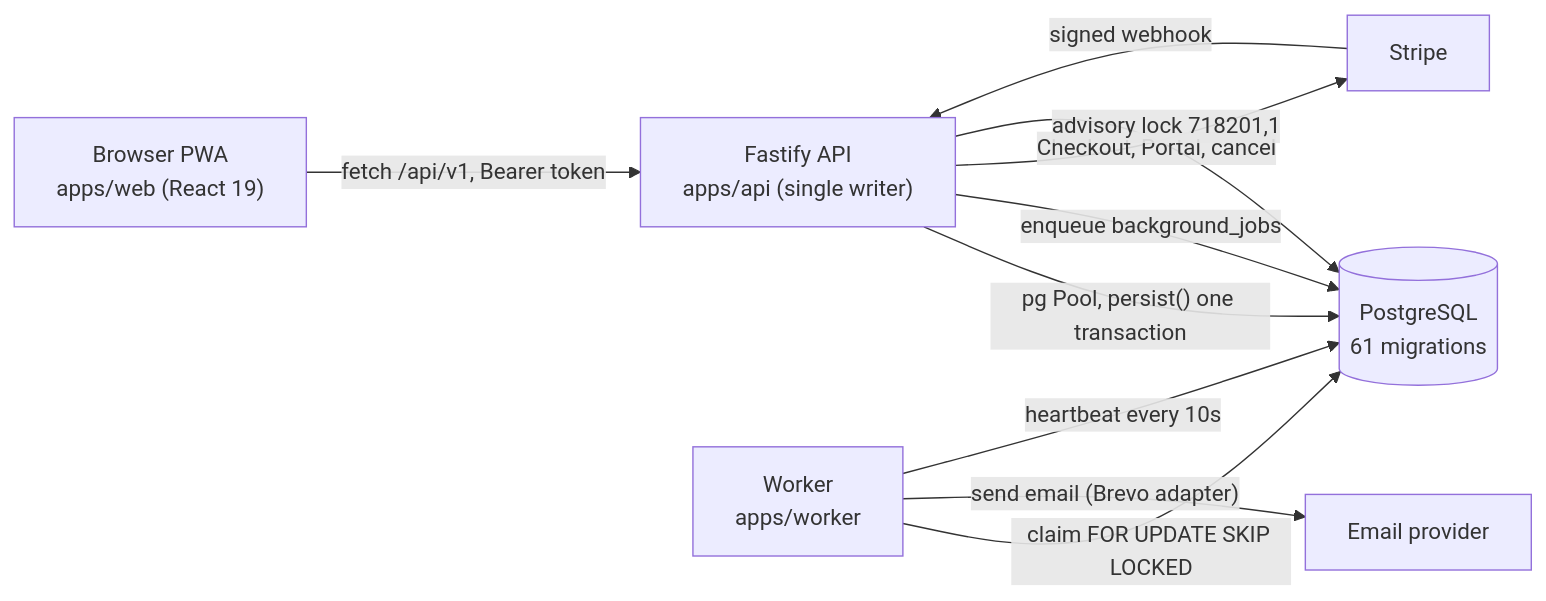
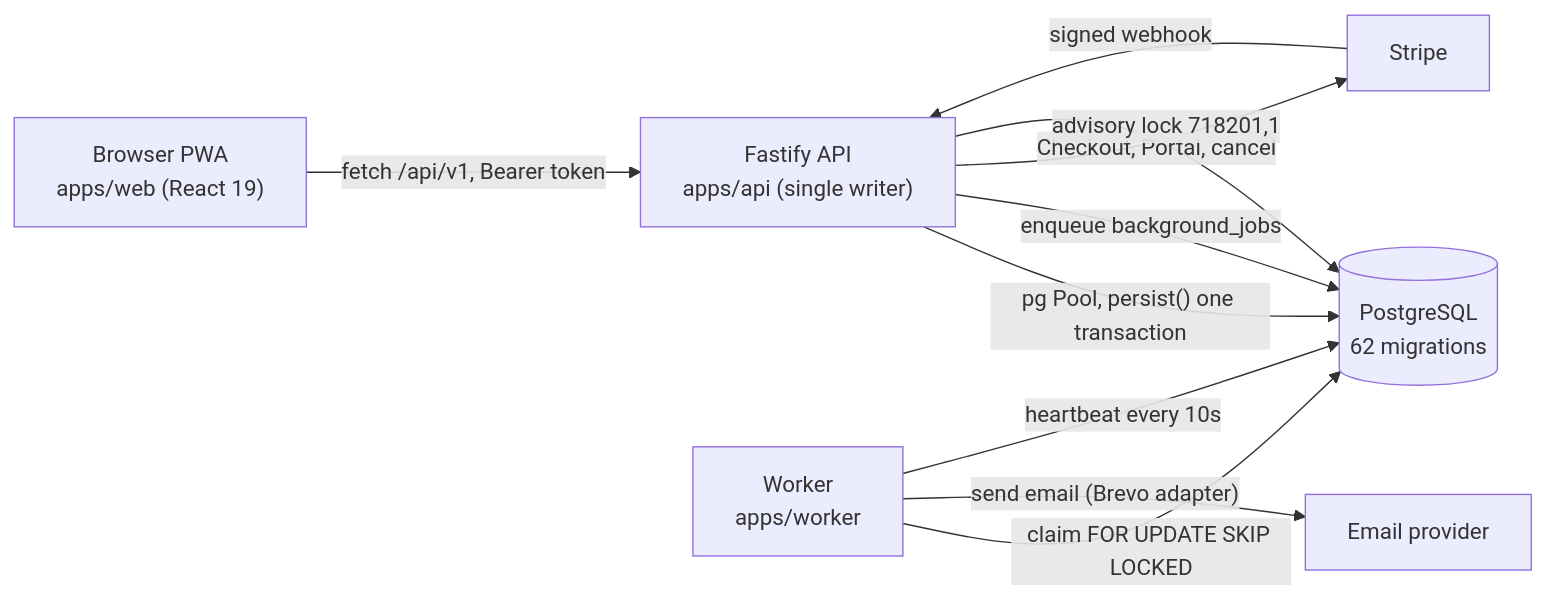
One commit to yhsomani/talentsphere-complete changed the first of 7 diagrams in docs/system-model/02-flows.md. Above: the diagram before and after it, drawn with Mermaid. The commit also changed 15 other files, not shown here.

````diff
--- a/docs/system-model/02-flows.md
+++ b/docs/system-model/02-flows.md
@@ -15,12 +15,12 @@
 ```mermaid
 flowchart LR
   Browser["Browser PWA<br/>apps/web (React 19)"] -->|"fetch /api/v1, Bearer token"| API["Fastify API<br/>apps/api (single writer)"]
-  API -->|"pg Pool, persist() one transaction"| PG[("PostgreSQL<br/>61 migrations")]
+  API -->|"pg Pool, persist() one transaction"| PG[("PostgreSQL<br/>62 migrations")]
   API -->|"enqueue background_jobs"| PG
   Worker["Worker<br/>apps/worker"] -->|"claim FOR UPDATE SKIP LOCKED"| PG
   Worker -->|"send email (Brevo adapter)"| Mail["Email provider"]
   API -->|"Checkout, Portal, cancel"| Stripe["Stripe"]
   Stripe -->|"signed webhook"| API
   Worker -->|"heartbeat every 10s"| PG
   API -->|"advisory lock 718201,1"| PG
 ```
````
